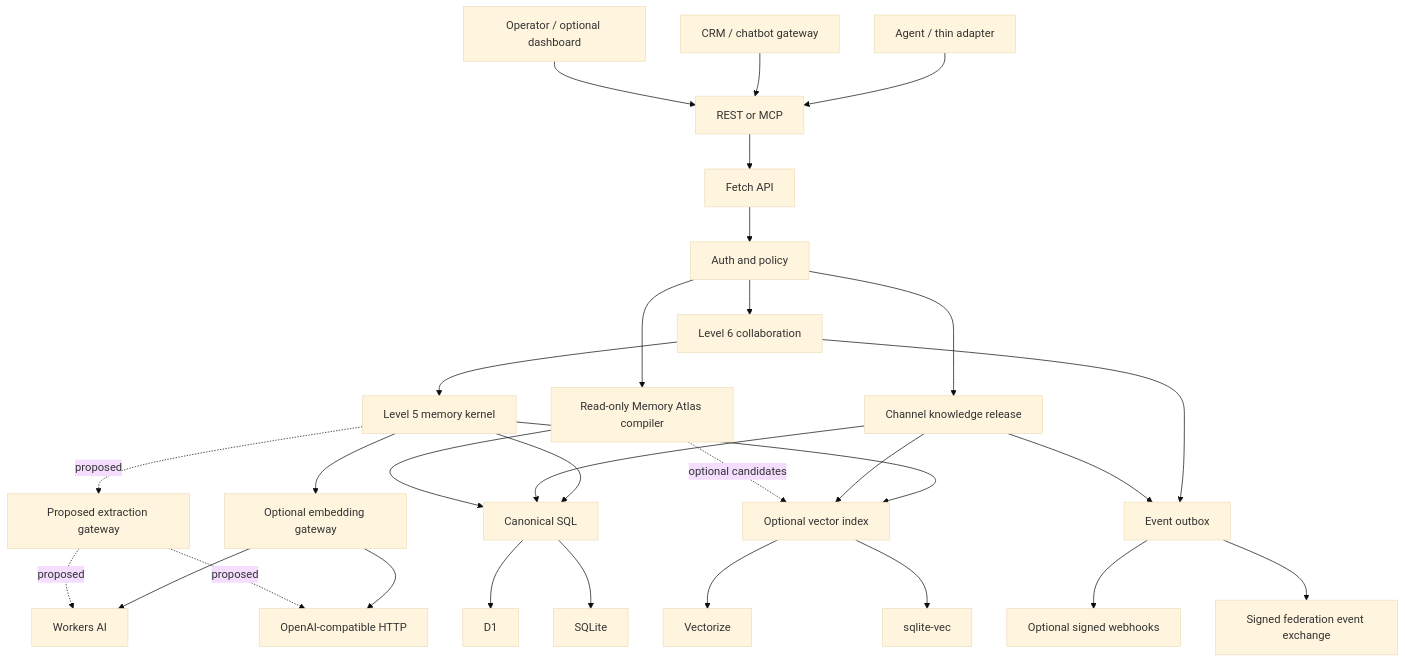
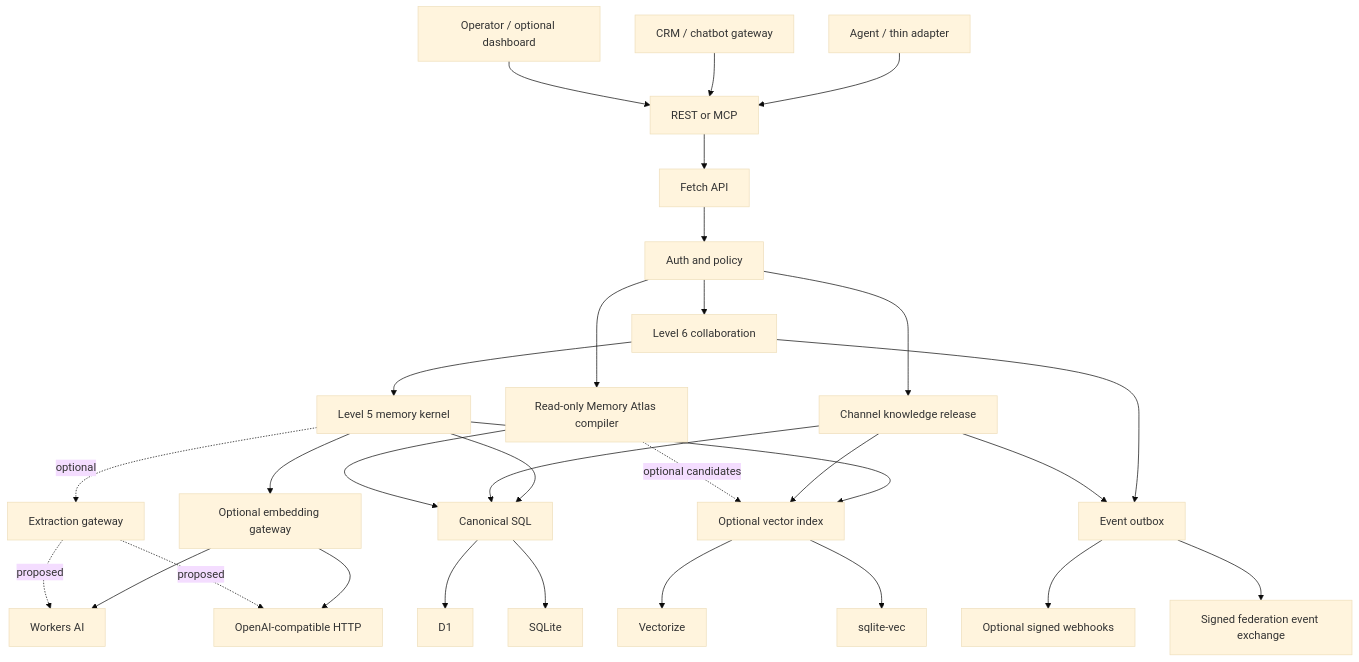
Before and after one commit to RamaAditya49/titen: the diagram in docs/architecture/overview.md, drawn with Mermaid (base theme). The commit also changed other lines of this file and 40 other files, not shown here.

````diff
--- a/docs/architecture/overview.md
+++ b/docs/architecture/overview.md
@@ -24,33 +24,33 @@
 ```mermaid
 flowchart TB
     A[Agent / thin adapter] --> X[REST or MCP]
     G[CRM / chatbot gateway] --> X
     O[Operator / optional dashboard] --> X
     X --> H[Fetch API]
     H --> P[Auth and policy]
     P --> C[Level 6 collaboration]
     P --> R[Channel knowledge release]
     P --> MV[Read-only Memory Atlas compiler]
     C --> K[Level 5 memory kernel]
     K --> S[Canonical SQL]
     K --> I[Optional vector index]
     K --> EM[Optional embedding gateway]
-    K -. proposed .-> XM[Proposed extraction gateway]
+    K -. optional .-> XM[Extraction gateway]
     C --> E[Event outbox]
     R --> S
     R --> I
     R --> E
     MV --> S
     MV -. optional candidates .-> I
 
     S --> D1[D1]
     S --> SQ[SQLite]
     I --> V[Vectorize]
     I --> SV[sqlite-vec]
     EM --> WAI[Workers AI]
     EM --> OAI[OpenAI-compatible HTTP]
     XM -. proposed .-> WAI
     XM -. proposed .-> OAI
     E --> W[Optional signed webhooks]
     E --> F[Signed federation event exchange]
 ```
````
